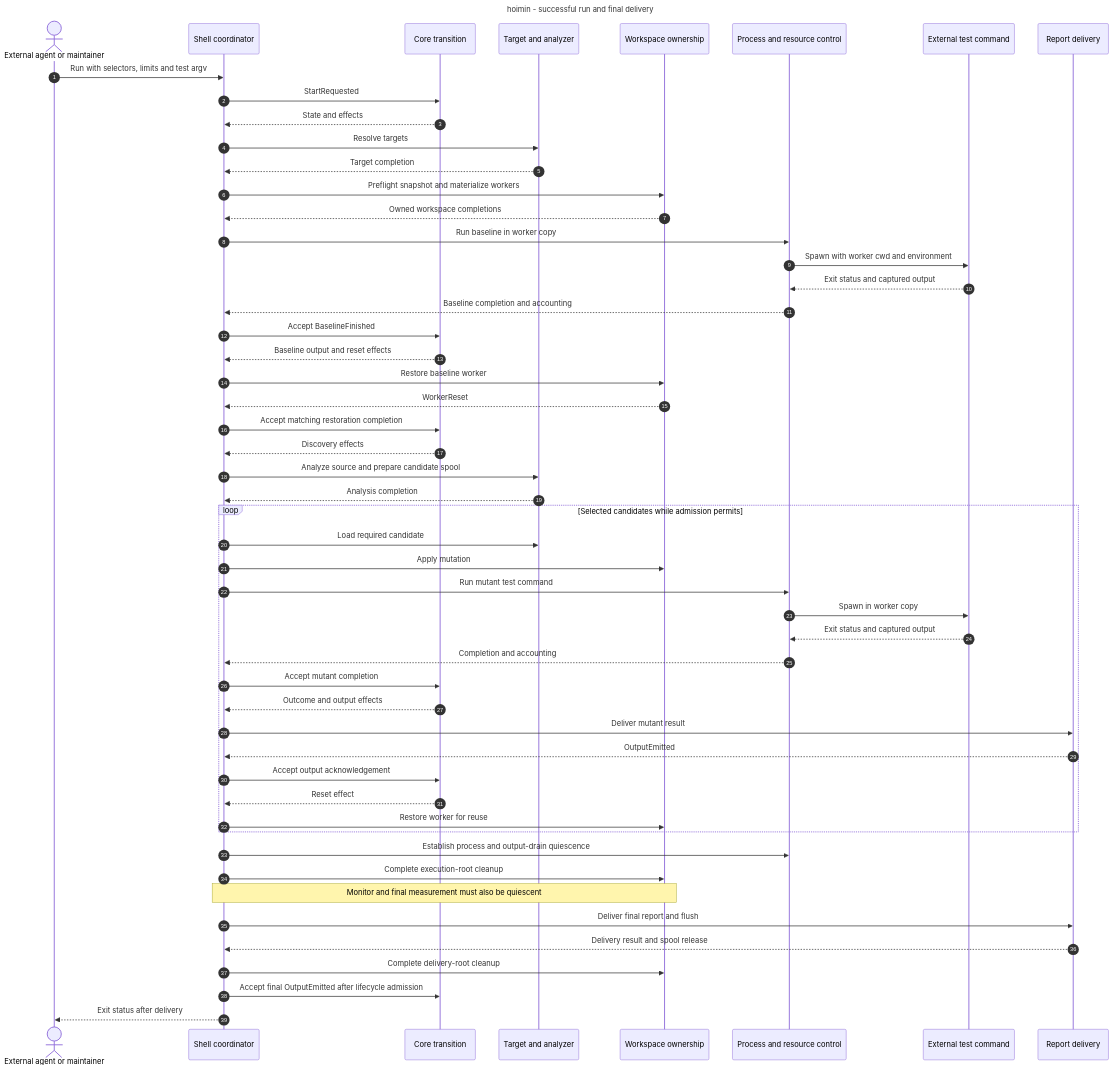
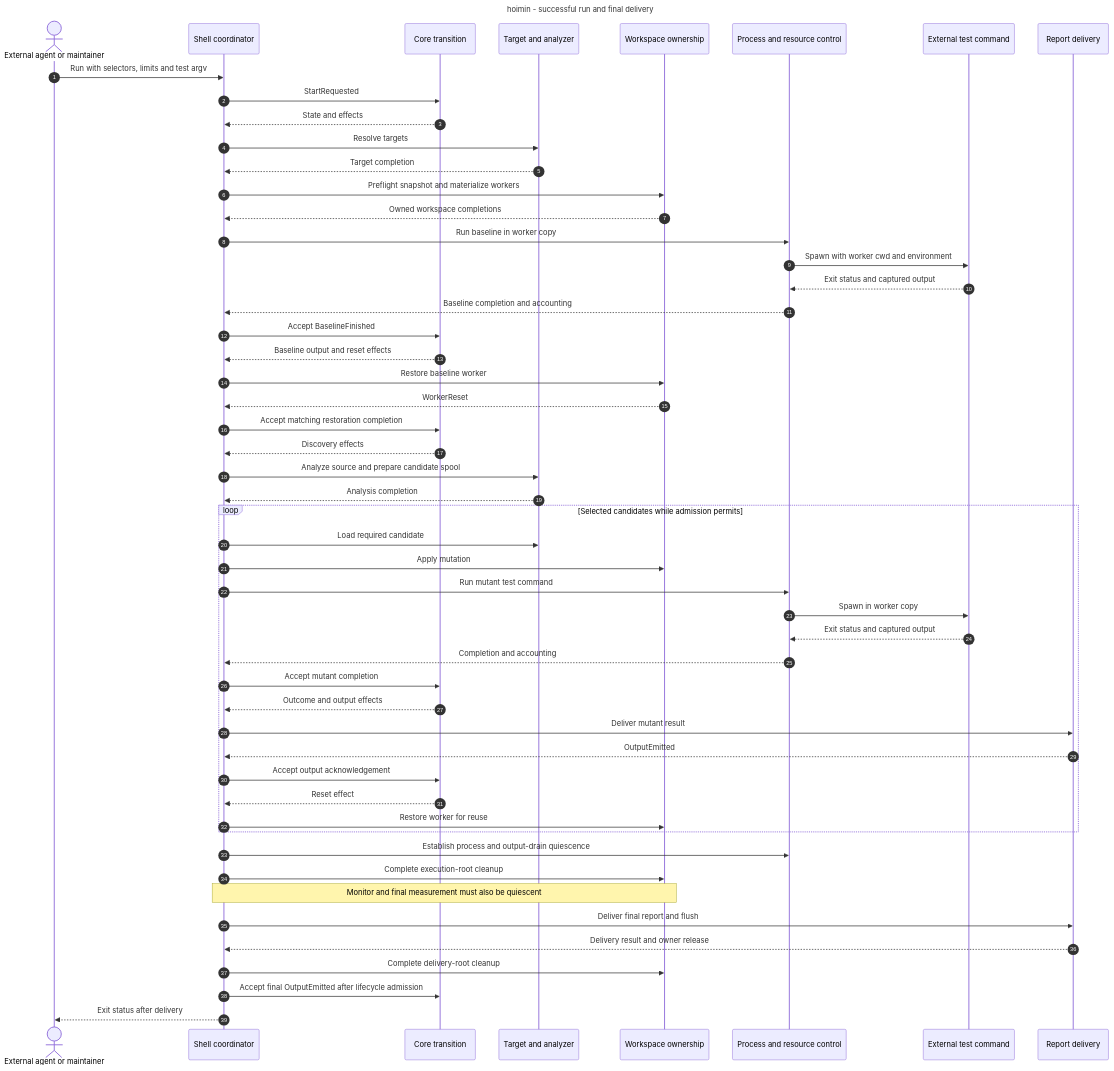
The sixth of 6 diagrams in docs/architecture/c4-model.md (HayaoSuzuki/hoimin), drawn with Mermaid before and after one commit. The commit also changed other lines of this file and 149 other files, not shown here.

````diff
--- a/docs/architecture/c4-model.md
+++ b/docs/architecture/c4-model.md
@@ -464,57 +463,57 @@
 ```mermaid
 ---
 title: hoimin - successful run and final delivery
 ---
 sequenceDiagram
     autonumber
     actor Caller as External agent or maintainer
     participant Shell as Shell coordinator
     participant Core as Core transition
     participant Discovery as Target and analyzer
     participant Workspace as Workspace ownership
     participant Process as Process and resource control
     participant Tests as External test command
     participant Report as Report delivery
     Caller->>Shell: Run with selectors, limits and test argv
     Shell->>Core: StartRequested
     Core-->>Shell: State and effects
     Shell->>Discovery: Resolve targets
     Discovery-->>Shell: Target completion
     Shell->>Workspace: Preflight snapshot and materialize workers
     Workspace-->>Shell: Owned workspace completions
     Shell->>Process: Run baseline in worker copy
     Process->>Tests: Spawn with worker cwd and environment
     Tests-->>Process: Exit status and captured output
     Process-->>Shell: Baseline completion and accounting
     Shell->>Core: Accept BaselineFinished
     Core-->>Shell: Baseline output and reset effects
     Shell->>Workspace: Restore baseline worker
     Workspace-->>Shell: WorkerReset
     Shell->>Core: Accept matching restoration completion
     Core-->>Shell: Discovery effects
     Shell->>Discovery: Analyze source and prepare candidate spool
     Discovery-->>Shell: Analysis completion
     loop Selected candidates while admission permits
         Shell->>Discovery: Load required candidate
         Shell->>Workspace: Apply mutation
         Shell->>Process: Run mutant test command
         Process->>Tests: Spawn in worker copy
         Tests-->>Process: Exit status and captured output
         Process-->>Shell: Completion and accounting
         Shell->>Core: Accept mutant completion
         Core-->>Shell: Outcome and output effects
         Shell->>Report: Deliver mutant result
         Report-->>Shell: OutputEmitted
         Shell->>Core: Accept output acknowledgement
         Core-->>Shell: Reset effect
         Shell->>Workspace: Restore worker for reuse
     end
     Shell->>Process: Establish process and output-drain quiescence
     Shell->>Workspace: Complete execution-root cleanup
     Note over Shell,Workspace: Monitor and final measurement must also be quiescent
     Shell->>Report: Deliver final report and flush
-    Report-->>Shell: Delivery result and spool release
+    Report-->>Shell: Delivery result and owner release
     Shell->>Workspace: Complete delivery-root cleanup
     Shell->>Core: Accept final OutputEmitted after lifecycle admission
     Shell-->>Caller: Exit status after delivery
 ```
````
